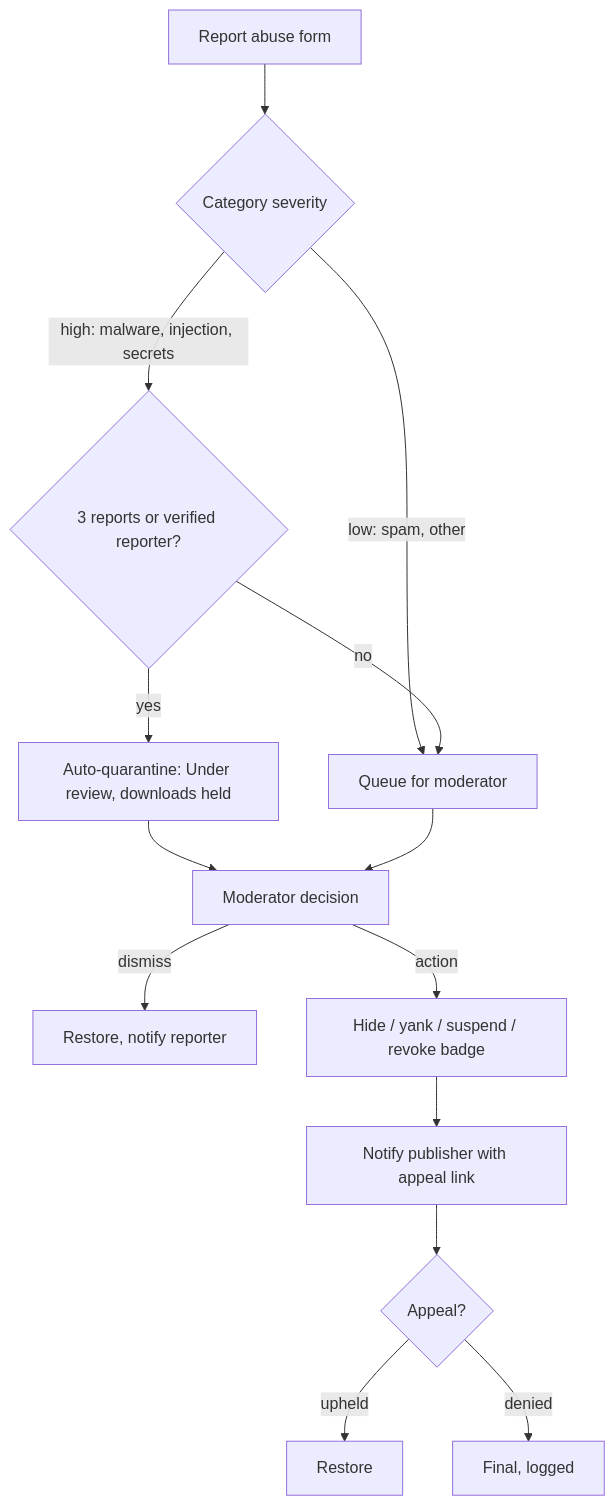
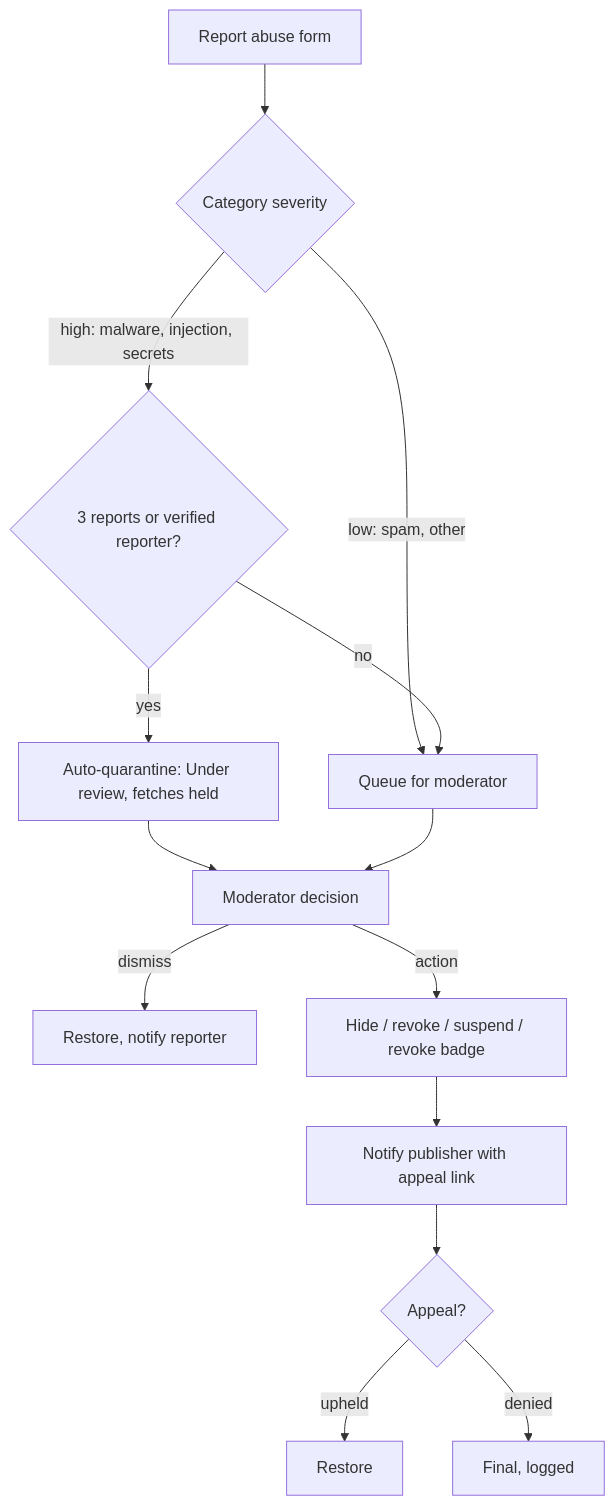
Before and after one commit to Claudinite/PackServer: diagram 13 of 13 in docs/ui/flows.md, drawn with Mermaid. The commit also changed other lines of this file and 6 other files, not shown here.

````diff
--- a/docs/ui/flows.md
+++ b/docs/ui/flows.md
@@ -546,16 +549,16 @@
 ```mermaid
 flowchart TD
   A["Report abuse form"] --> B{"Category severity"}
   B -->|"low: spam, other"| C["Queue for moderator"]
   B -->|"high: malware, injection, secrets"| D{"3 reports or verified reporter?"}
-  D -- yes --> E["Auto-quarantine: Under review, downloads held"]
+  D -- yes --> E["Auto-quarantine: Under review, fetches held"]
   D -- no --> C
   E --> F["Moderator decision"]
   C --> F
   F -- dismiss --> G["Restore, notify reporter"]
-  F -- action --> H["Hide / yank / suspend / revoke badge"]
+  F -- action --> H["Hide / revoke / suspend / revoke badge"]
   H --> I["Notify publisher with appeal link"]
   I --> J{"Appeal?"}
   J -- upheld --> K["Restore"]
   J -- denied --> L["Final, logged"]
 ```
````
